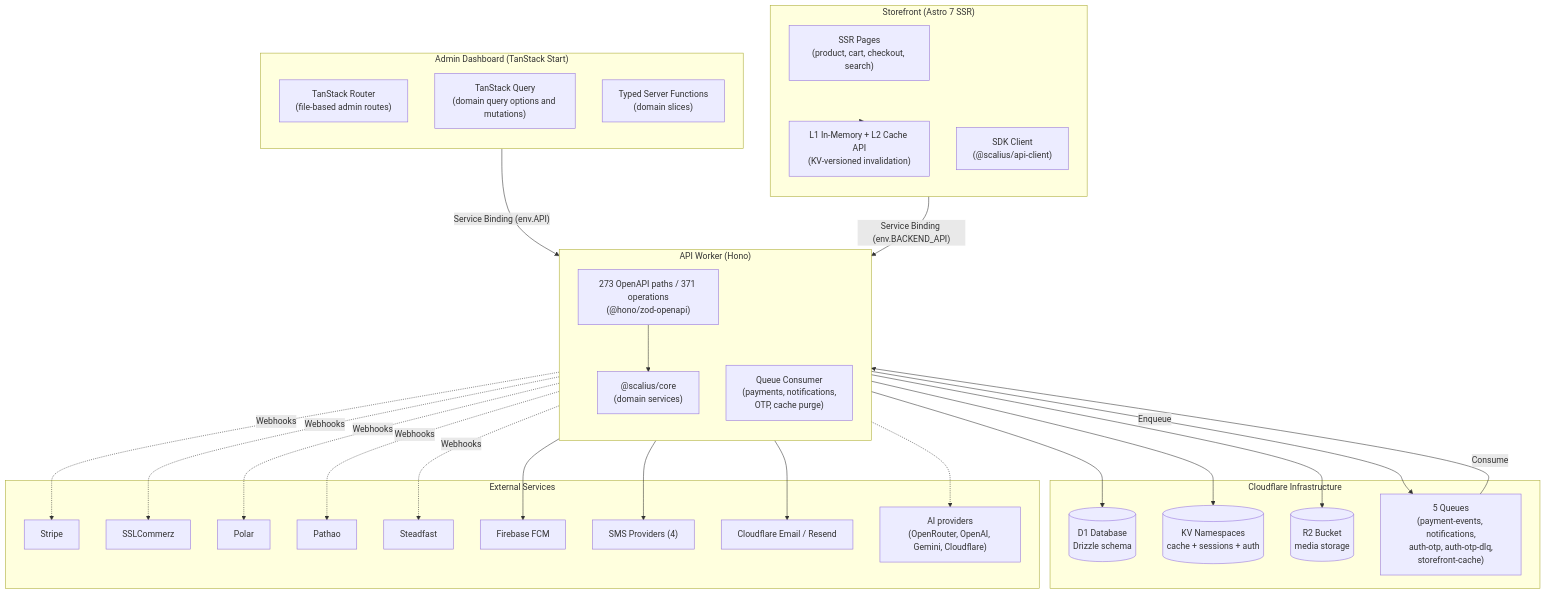
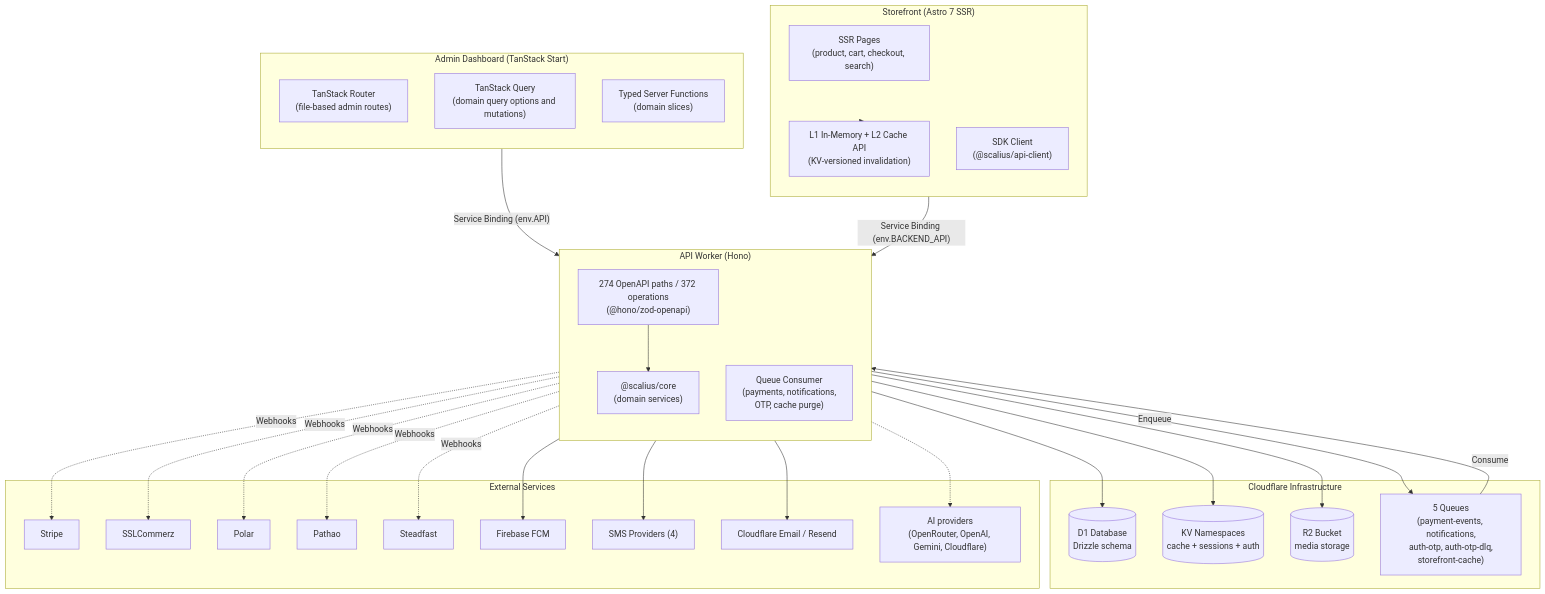
One commit to scaliuslabs/scalius-commerce-lite changed the first of 3 diagrams in README.md. Above: the diagram before and after it, drawn with Mermaid. The commit also changed 19 other files, not shown here.

````diff
--- a/README.md
+++ b/README.md
@@ -87,62 +87,62 @@
 ```mermaid
 flowchart TB
     subgraph AdminV2 ["Admin Dashboard (TanStack Start)"]
         direction TB
         TSRouter["TanStack Router<br/>(file-based admin routes)"]
         TSQuery["TanStack Query<br/>(domain query options and mutations)"]
         ServerFns["Typed Server Functions<br/>(domain slices)"]
     end
 
     subgraph Storefront ["Storefront (Astro 7 SSR)"]
         direction TB
         AstroPages["SSR Pages<br/>(product, cart, checkout, search)"]
         EdgeCache["L1 In-Memory + L2 Cache API<br/>(KV-versioned invalidation)"]
         SDKClient["SDK Client<br/>(@scalius/api-client)"]
     end
 
     subgraph API ["API Worker (Hono)"]
         direction TB
-        HonoApp["273 OpenAPI paths / 371 operations<br/>(@hono/zod-openapi)"]
+        HonoApp["274 OpenAPI paths / 372 operations<br/>(@hono/zod-openapi)"]
         QueueConsumer["Queue Consumer<br/>(payments, notifications,<br/>OTP, cache purge)"]
         CoreModules["@scalius/core<br/>(domain services)"]
     end
 
     subgraph Infra ["Cloudflare Infrastructure"]
         D1[(D1 Database<br/>Drizzle schema)]
         KV[(KV Namespaces<br/>cache + sessions + auth)]
         R2[(R2 Bucket<br/>media storage)]
         Queues["5 Queues<br/>(payment-events, notifications,<br/>auth-otp, auth-otp-dlq,<br/>storefront-cache)"]
     end
 
     subgraph External ["External Services"]
         Stripe["Stripe"]
         SSLCommerz["SSLCommerz"]
         Polar["Polar"]
         Pathao["Pathao"]
         Steadfast["Steadfast"]
         Firebase["Firebase FCM"]
         SMS["SMS Providers (4)"]
         EmailProvider["Cloudflare Email / Resend"]
         AIProviders["AI providers<br/>(OpenRouter, OpenAI, Gemini, Cloudflare)"]
     end
 
     AdminV2 -->|"Service Binding (env.API)"| API
     Storefront -->|"Service Binding (env.BACKEND_API)"| API
     API --> D1
     API --> KV
     API --> R2
     API -->|Enqueue| Queues
     Queues -->|Consume| QueueConsumer
     QueueConsumer --> Firebase
     QueueConsumer --> SMS
     QueueConsumer --> EmailProvider
     HonoApp --> CoreModules
     Storefront --> EdgeCache
 
     API -.->|Webhooks| Stripe
     API -.->|Webhooks| SSLCommerz
     API -.->|Webhooks| Polar
     API -.->|Webhooks| Pathao
     API -.->|Webhooks| Steadfast
     API -.-> AIProviders
 ```
````
